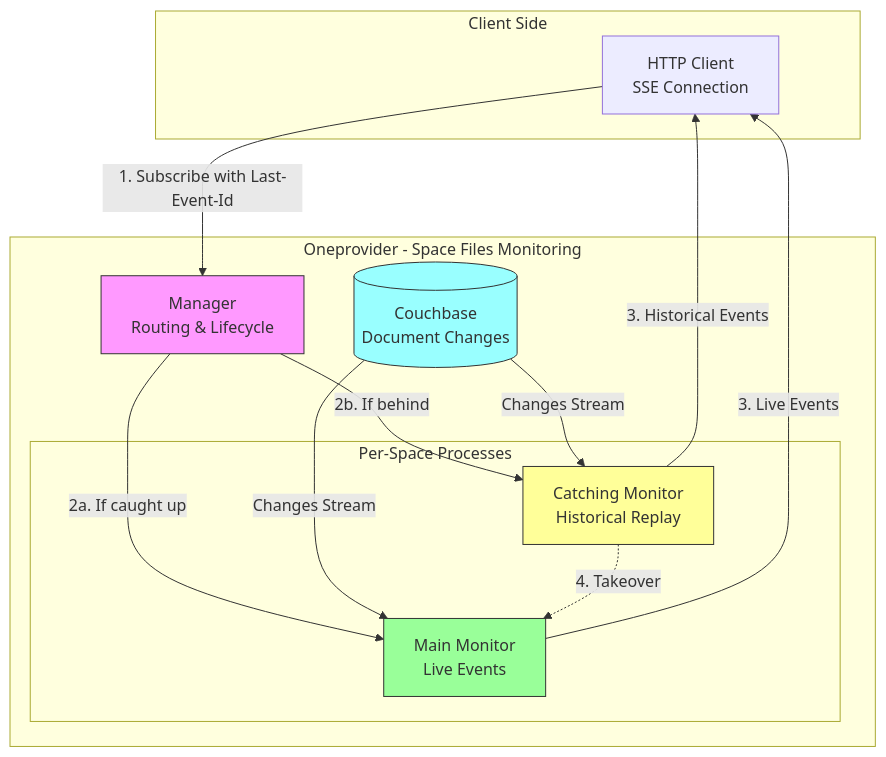
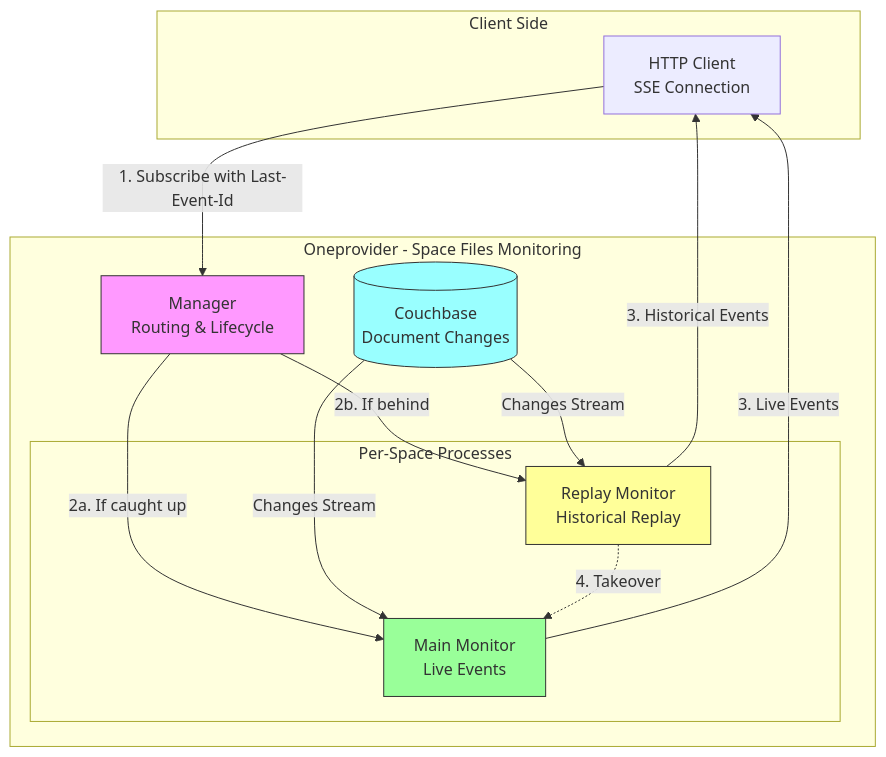
One commit to onedata/op-worker changed the diagram in doc/design/files_monitoring/_overview.md. Above: the diagram before and after it, drawn with Mermaid. The commit also changed other lines of this file and 12 other files, not shown here.

Commit message:
VFS-12887 Rename catching monitor to replay monitor

````diff
--- a/doc/design/files_monitoring/_overview.md
+++ b/doc/design/files_monitoring/_overview.md
@@ -59,33 +59,33 @@
 ```mermaid
 graph TB
     subgraph "Client Side"
         Client[HTTP Client<br/>SSE Connection]
     end
     
     subgraph "Oneprovider - Space Files Monitoring"
         Manager[Manager<br/>Routing & Lifecycle]
         
         subgraph "Per-Space Processes"
             Main[Main Monitor<br/>Live Events]
-            Catching[Catching Monitor<br/>Historical Replay]
+            Replay[Replay Monitor<br/>Historical Replay]
         end
         
         DB[(Couchbase<br/>Document Changes)]
     end
     
     Client -->|1. Subscribe with Last-Event-Id| Manager
     Manager -->|2a. If caught up| Main
-    Manager -->|2b. If behind| Catching
+    Manager -->|2b. If behind| Replay
     
     DB -->|Changes Stream| Main
-    DB -->|Changes Stream| Catching
+    DB -->|Changes Stream| Replay
     
     Main -->|3. Live Events| Client
-    Catching -->|3. Historical Events| Client
-    Catching -.->|4. Takeover| Main
+    Replay -->|3. Historical Events| Client
+    Replay -.->|4. Takeover| Main
     
     style Manager fill:#f9f,stroke:#333
     style Main fill:#9f9,stroke:#333
-    style Catching fill:#ff9,stroke:#333
+    style Replay fill:#ff9,stroke:#333
     style DB fill:#9ff,stroke:#333
 ```
````
